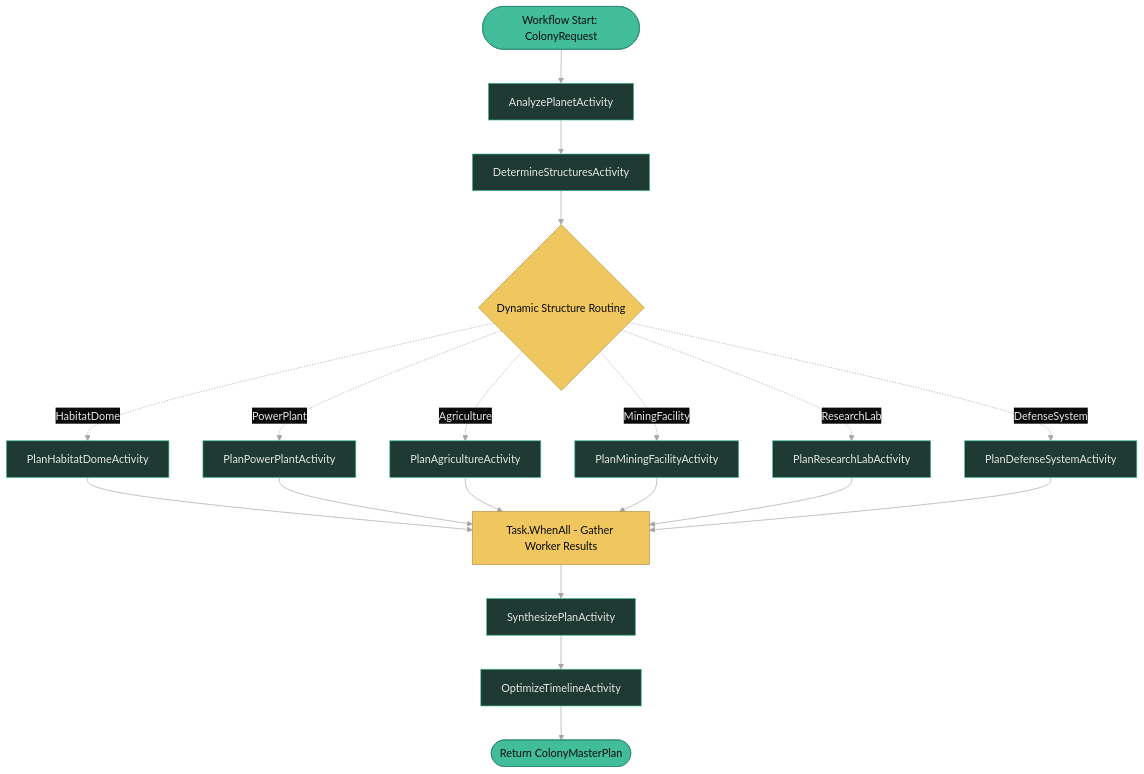
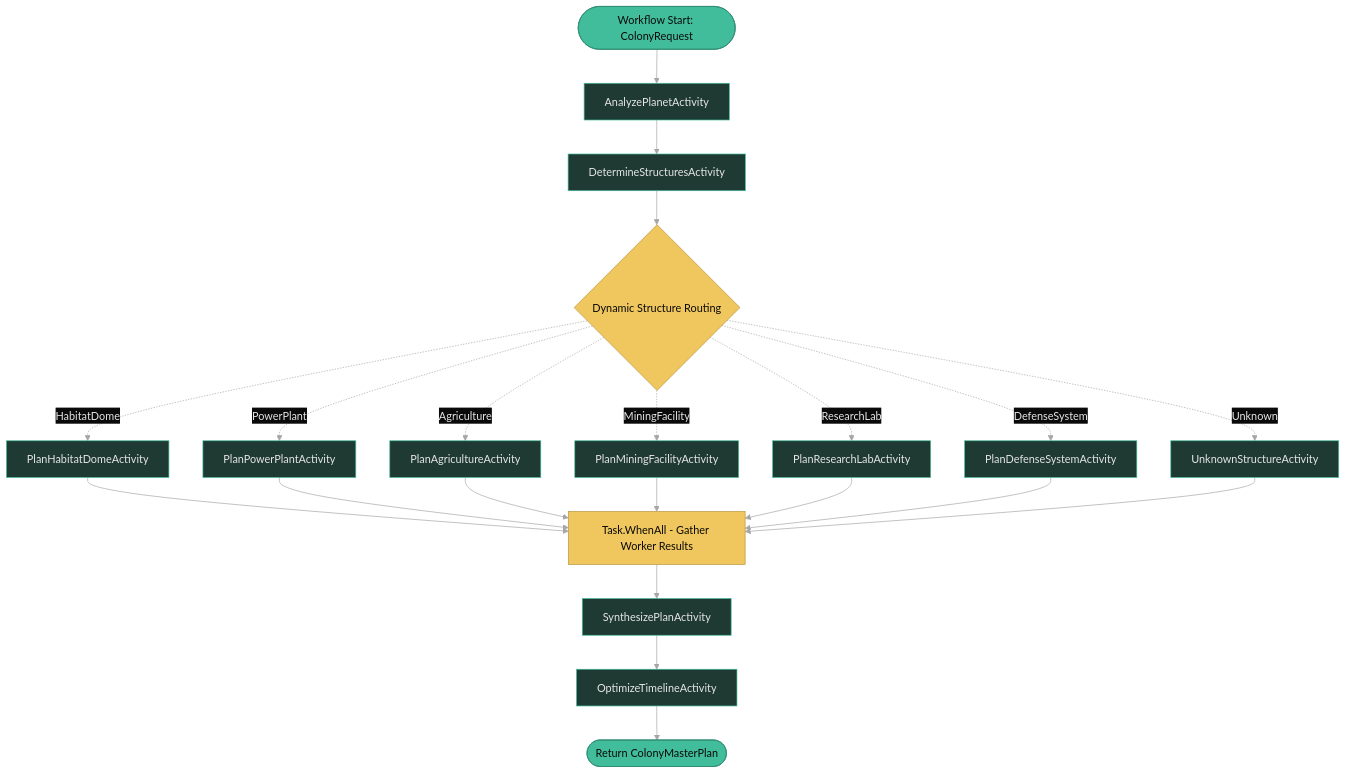
Before and after one commit to diagrid-labs/dapr-reliable-agentic-systems: the diagram in .demo/slides/10-orchestrator-workers/10-05-demo-diagram.md, drawn with Mermaid. The commit also changed 10 other files, not shown here.

````diff
--- a/.demo/slides/10-orchestrator-workers/10-05-demo-diagram.md
+++ b/.demo/slides/10-orchestrator-workers/10-05-demo-diagram.md
@@ -3,33 +3,36 @@
 ```mermaid
 %%{init: {"theme":"base","themeVariables":{"background":"#0a0a0a","primaryColor":"#1f3a32","primaryTextColor":"#e6e6e6","primaryBorderColor":"#41BD9B","lineColor":"#A6A6A6","secondaryColor":"#111315","tertiaryColor":"#111315","clusterBkg":"#111315","clusterBorder":"#41BD9B","titleColor":"#F0C75E","edgeLabelBackground":"#0a0a0a","noteBkgColor":"#111315","noteTextColor":"#e6e6e6","noteBorderColor":"#41BD9B","actorBkg":"#1f3a32","actorBorder":"#41BD9B","actorTextColor":"#e6e6e6","actorLineColor":"#A6A6A6","signalColor":"#A6A6A6","signalTextColor":"#e6e6e6","labelBoxBkgColor":"#0a0a0a","labelBoxBorderColor":"#41BD9B","labelTextColor":"#e6e6e6","loopTextColor":"#e6e6e6","altSectionBkgColor":"#111315","sectionBkgColor":"#111315","fontFamily":"Geist,sans-serif"}}}%%
 graph TD
     Start([Workflow Start: ColonyRequest]) --> A1[AnalyzePlanetActivity]
     A1 --> A2[DetermineStructuresActivity]
     A2 --> Router{Dynamic Structure Routing}
     Router -.->|HabitatDome| W1[PlanHabitatDomeActivity]
     Router -.->|PowerPlant| W2[PlanPowerPlantActivity]
     Router -.->|Agriculture| W3[PlanAgricultureActivity]
     Router -.->|MiningFacility| W4[PlanMiningFacilityActivity]
     Router -.->|ResearchLab| W5[PlanResearchLabActivity]
     Router -.->|DefenseSystem| W6[PlanDefenseSystemActivity]
+    Router -.->|Unknown| W7[UnknownStructureActivity]
     W1 --> Gather[Task.WhenAll - Gather Worker Results]
     W2 --> Gather
     W3 --> Gather
     W4 --> Gather
     W5 --> Gather
     W6 --> Gather
+    W7 --> Gather
     Gather --> A3[SynthesizePlanActivity]
     A3 --> A4[OptimizeTimelineActivity]
     A4 --> End([Return ColonyMasterPlan])
     
     style Start fill:#41BD9B,stroke:#2d8a70,color:#0a0a0a
     style End fill:#41BD9B,stroke:#2d8a70,color:#0a0a0a
     style Router fill:#F0C75E,stroke:#b8943f,color:#0a0a0a
     style Gather fill:#F0C75E,stroke:#b8943f,color:#0a0a0a
     style W1 fill:#1f3a32,stroke:#41BD9B,color:#e6e6e6
     style W2 fill:#1f3a32,stroke:#41BD9B,color:#e6e6e6
     style W3 fill:#1f3a32,stroke:#41BD9B,color:#e6e6e6
     style W4 fill:#1f3a32,stroke:#41BD9B,color:#e6e6e6
     style W5 fill:#1f3a32,stroke:#41BD9B,color:#e6e6e6
     style W6 fill:#1f3a32,stroke:#41BD9B,color:#e6e6e6
+    style W7 fill:#1f3a32,stroke:#41BD9B,color:#e6e6e6
 ```
````
